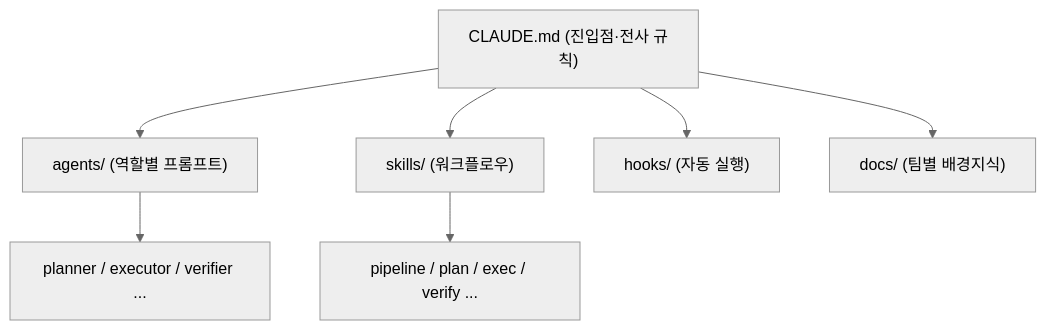
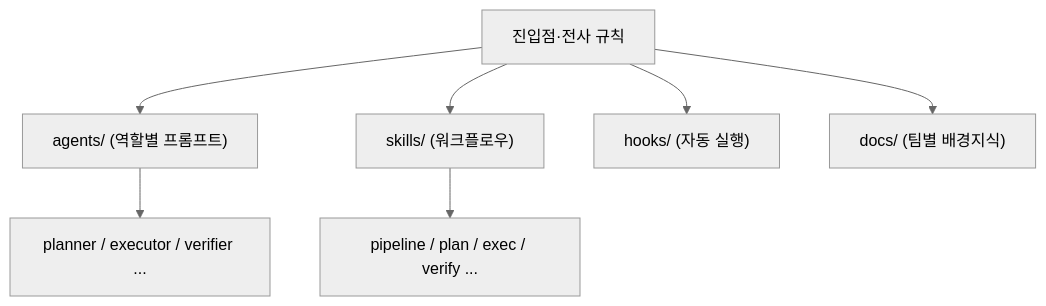
Before and after one commit to RJ-Stony/injoy: the second of 3 diagrams in src/content/posts/harness-1-benchmarking.md, drawn with Mermaid (neutral theme). The commit also changed other lines of this file and 1 other file, not shown here.

````diff
--- a/src/content/posts/harness-1-benchmarking.md
+++ b/src/content/posts/harness-1-benchmarking.md
@@ -76,9 +81,9 @@
 ```mermaid
 flowchart TD
-    C["CLAUDE.md (진입점·전사 규칙)"] --> A["agents/ (역할별 프롬프트)"]
+    C["진입점·전사 규칙"] --> A["agents/ (역할별 프롬프트)"]
     C --> S["skills/ (워크플로우)"]
     C --> H["hooks/ (자동 실행)"]
     C --> D["docs/ (팀별 배경지식)"]
     A --> A1["planner / executor / verifier ..."]
     S --> S1["pipeline / plan / exec / verify ..."]
 ```
````
